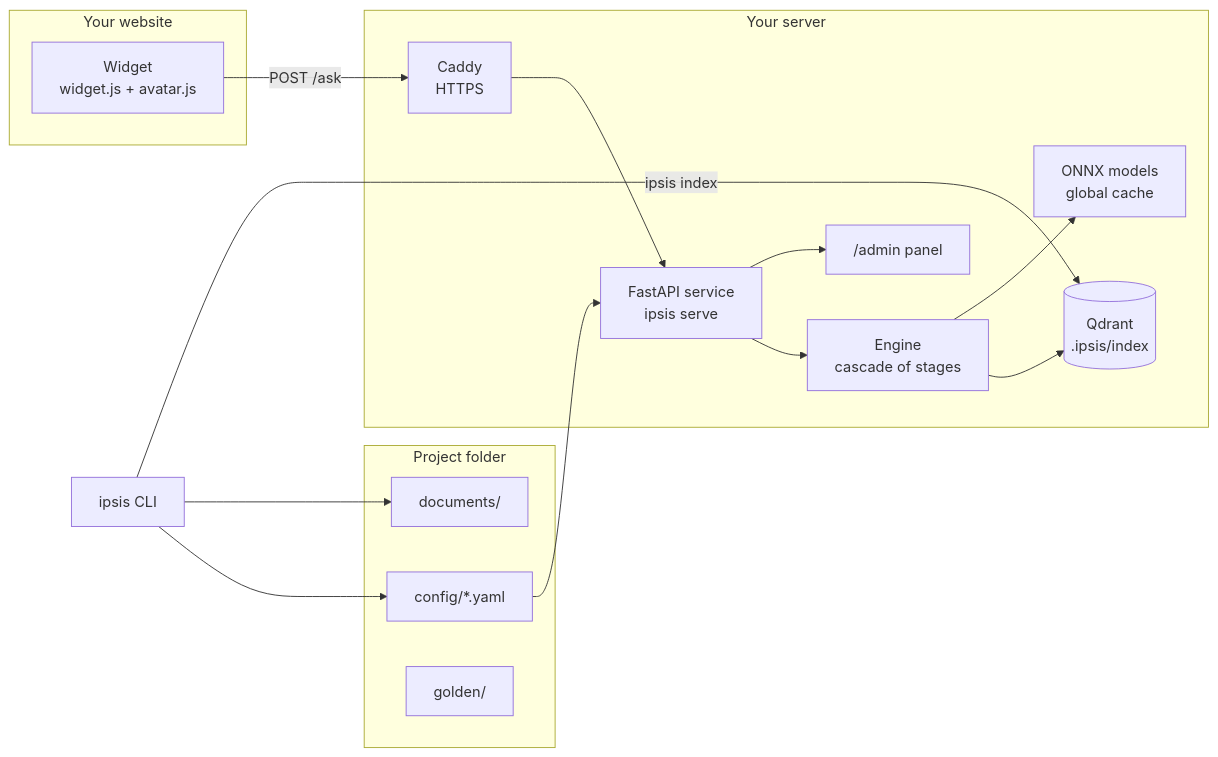
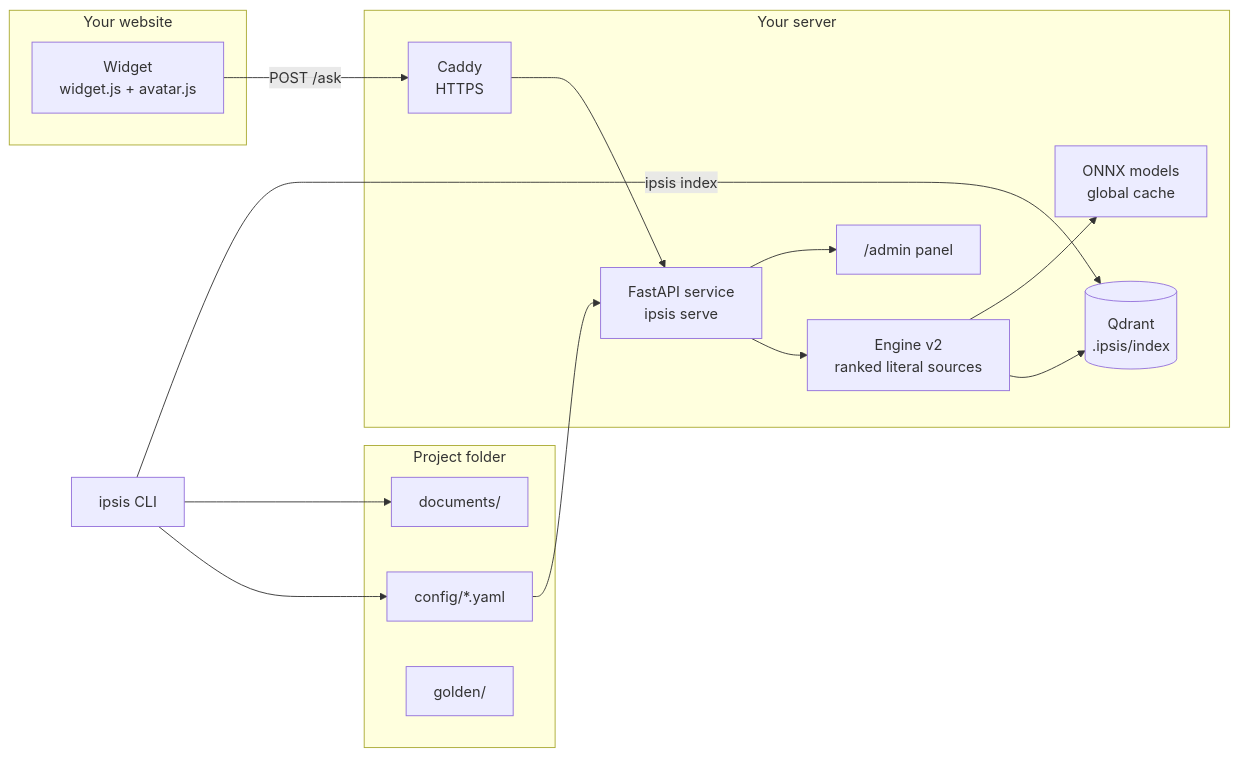
Before and after one commit to ClaudioH19/ipsis: the first of 6 diagrams in docs/architecture.md, drawn with Mermaid. The commit also changed other lines of this file and 45 other files, not shown here.

````diff
--- a/docs/architecture.md
+++ b/docs/architecture.md
@@ -27,23 +27,23 @@
 ```mermaid
 flowchart LR
     subgraph Site["Your website"]
         W["Widget<br/>widget.js + avatar.js"]
     end
     subgraph Server["Your server"]
         C["Caddy<br/>HTTPS"] --> API["FastAPI service<br/>ipsis serve"]
-        API --> M["Engine<br/>cascade of stages"]
+        API --> M["Engine v2<br/>ranked literal sources"]
         M --> Q[("Qdrant<br/>.ipsis/index")]
         M --> O["ONNX models<br/>global cache"]
         API --> P["/admin panel"]
     end
     subgraph Project["Project folder"]
         CFG["config/*.yaml"]
         DOC["documents/"]
         G["golden/"]
     end
     W -- "POST /ask" --> C
     CLI["ipsis CLI"] --> CFG
     CLI --> DOC
     CLI -- "ipsis index" --> Q
     CFG --> API
 ```
````
